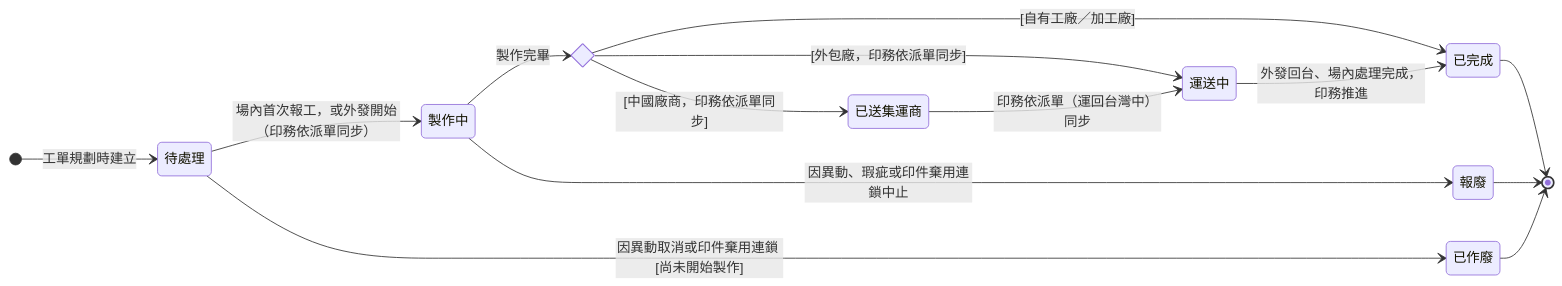
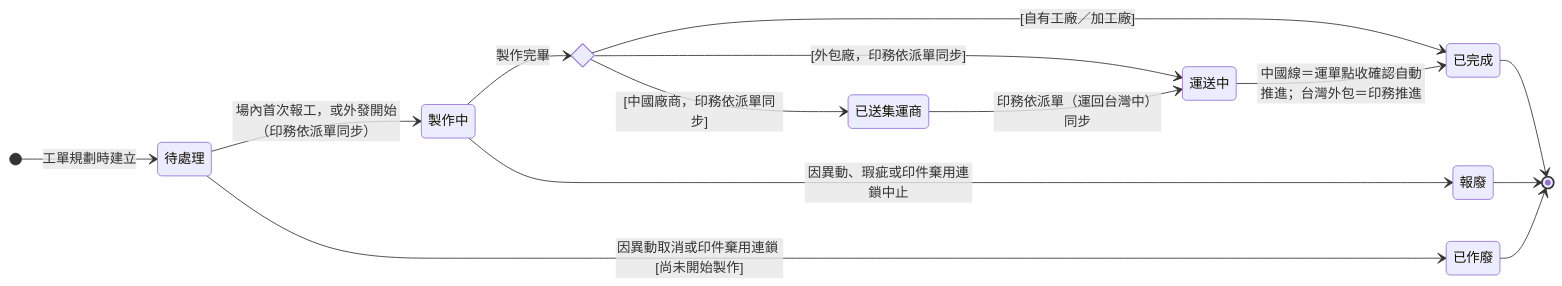
The diagram in memory/Sens_wiki/wiki/erp/06-state-machines/生產任務狀態.md (Kawato-Miles/erp-spec), drawn with Mermaid before and after one commit. The commit also changed other lines of this file and 20 other files, not shown here.

````diff
--- a/memory/Sens_wiki/wiki/erp/06-state-machines/生產任務狀態.md
+++ b/memory/Sens_wiki/wiki/erp/06-state-machines/生產任務狀態.md
@@ -54,30 +54,30 @@
 ```mermaid
 stateDiagram-v2
     direction LR
 
     [*] --> s_pending : 工單規劃時建立
 
     state "待處理" as s_pending
     state "製作中" as s_making
     state "已送集運商" as s_consolidator
     state "運送中" as s_shipping
     state "已完成" as s_done
     state "已作廢" as s_void
     state "報廢" as s_scrap
     state route <<choice>>
 
     s_pending --> s_making : 場內首次報工，或外發開始（印務依派單同步）
     s_making --> route : 製作完畢
     route --> s_done : [自有工廠／加工廠]
     route --> s_shipping : [外包廠，印務依派單同步]
     route --> s_consolidator : [中國廠商，印務依派單同步]
     s_consolidator --> s_shipping : 印務依派單（運回台灣中）同步
-    s_shipping --> s_done : 外發回台、場內處理完成，印務推進
+    s_shipping --> s_done : 中國線＝運單點收確認自動推進；台灣外包＝印務推進
 
     s_pending --> s_void : 因異動取消或印件棄用連鎖 [尚未開始製作]
     s_making --> s_scrap : 因異動、瑕疵或印件棄用連鎖中止
 
     s_done --> [*]
     s_void --> [*]
     s_scrap --> [*]
 ```
````
